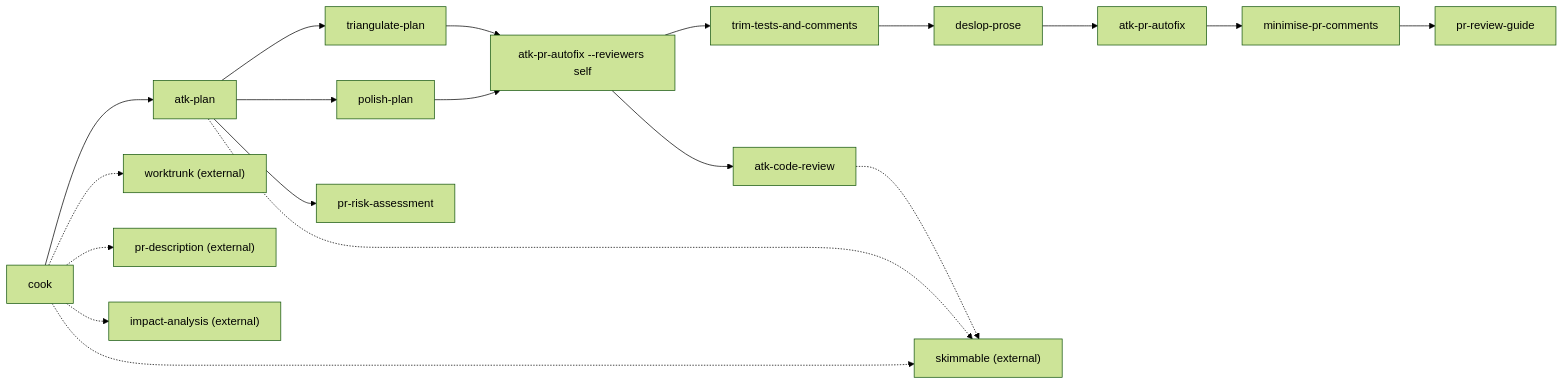
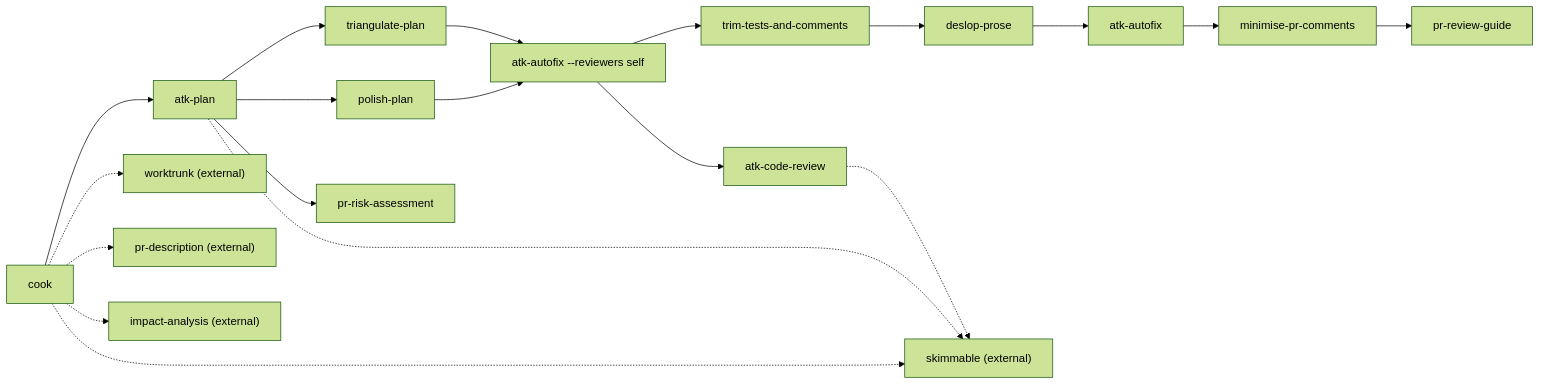
The diagram in docs/skills.md (rstacruz/agentic-toolkit), drawn with Mermaid (forest theme) before and after one commit. The commit also changed other lines of this file and 13 other files, not shown here.

First line of the commit message:
Rename atk-pr-autofix to atk-autofix

````diff
--- a/docs/skills.md
+++ b/docs/skills.md
@@ -5,22 +5,22 @@
 ```mermaid
 graph LR
   cook["cook"] --> atk_plan["atk-plan"]
   atk_plan --> polish_plan["polish-plan"]
   atk_plan --> triangulate_plan["triangulate-plan"]
   atk_plan --> pr_risk_assessment["pr-risk-assessment"]
-  polish_plan --> self_review["atk-pr-autofix --reviewers self"]
+  polish_plan --> self_review["atk-autofix --reviewers self"]
   triangulate_plan --> self_review
   self_review --> atk_code_review["atk-code-review"]
   self_review --> trim_tests_and_comments["trim-tests-and-comments"]
   trim_tests_and_comments --> deslop_prose["deslop-prose"]
-  deslop_prose --> atk_pr_autofix["atk-pr-autofix"]
-  atk_pr_autofix --> minimise_pr_comments["minimise-pr-comments"]
+  deslop_prose --> atk_autofix["atk-autofix"]
+  atk_autofix --> minimise_pr_comments["minimise-pr-comments"]
   minimise_pr_comments --> pr_review_guide["pr-review-guide"]
 
   cook -.-> worktrunk["worktrunk (external)"]
   cook -.-> pr_description["pr-description (external)"]
   cook -.-> impact_analysis["impact-analysis (external)"]
   cook -.-> skimmable["skimmable (external)"]
   atk_plan -.-> skimmable
   atk_code_review -.-> skimmable
 ```
````
